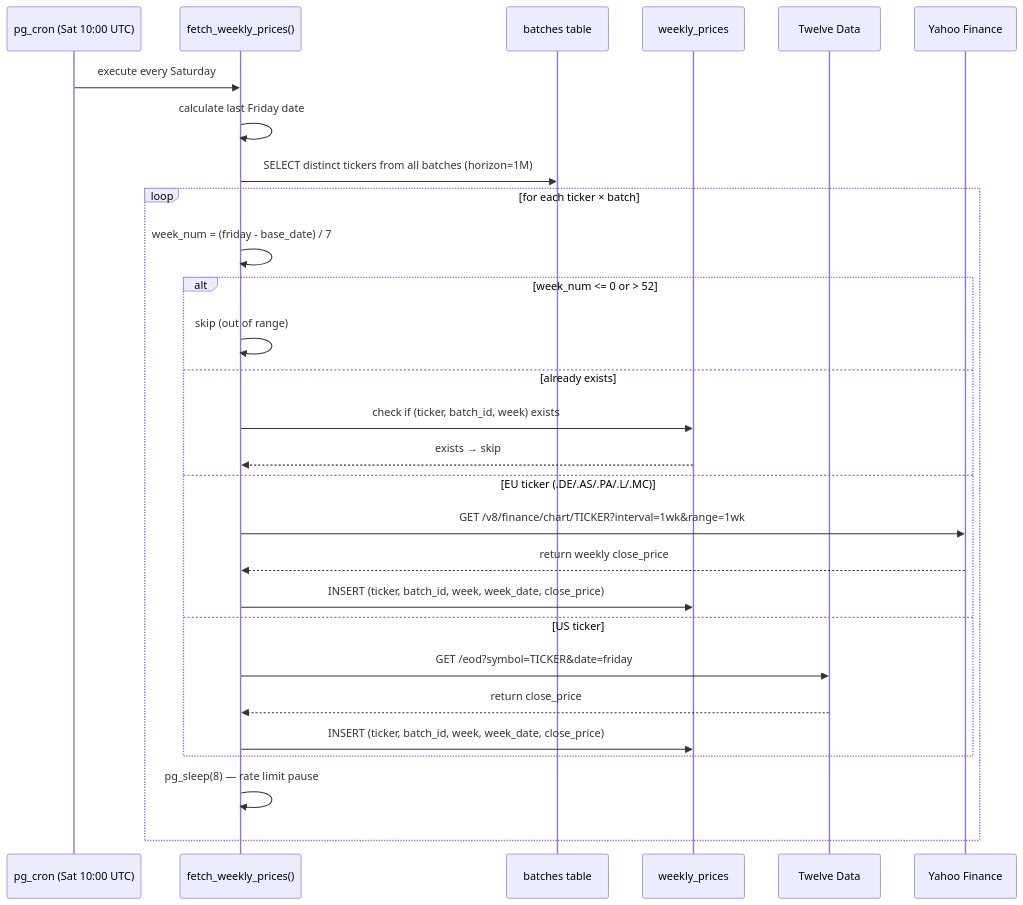
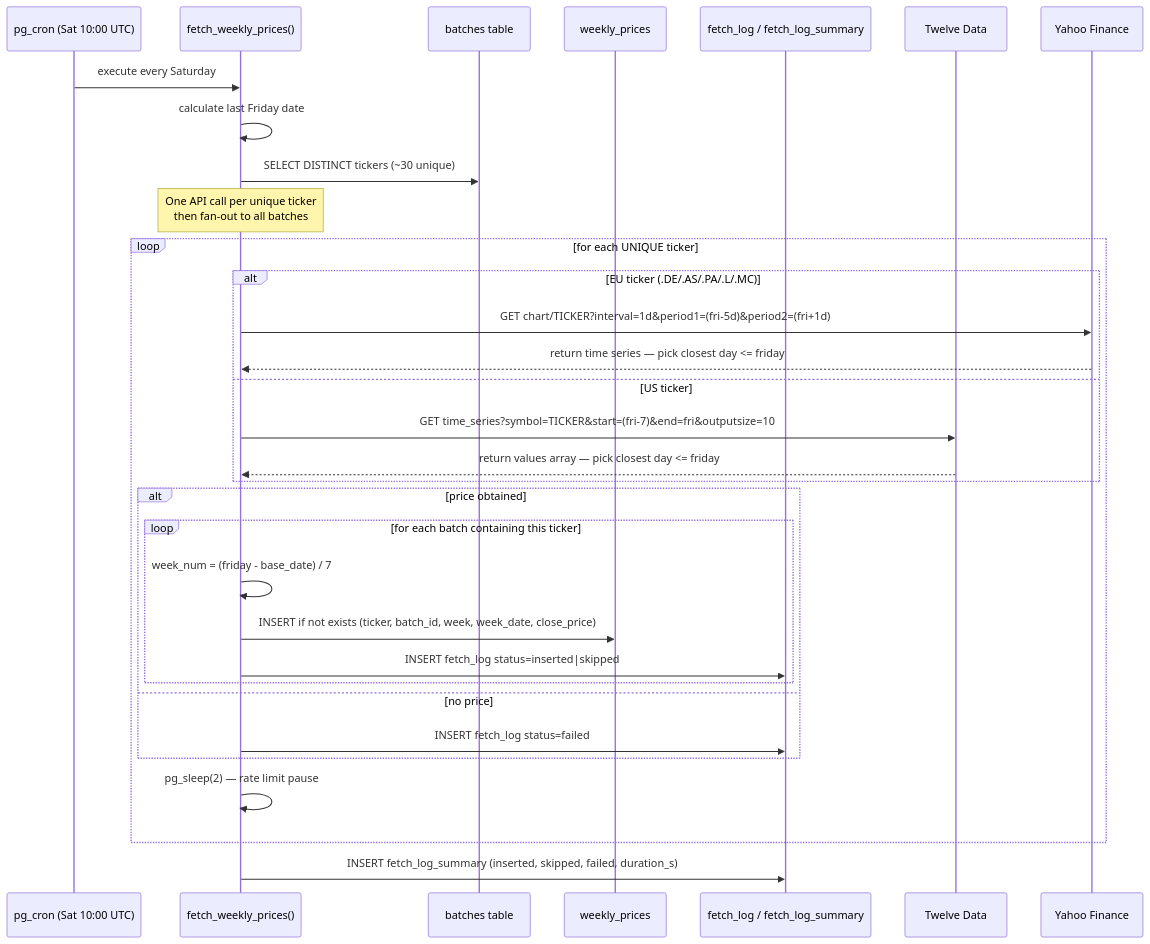
One commit to alpyengine/openbank-price-prediction changed the fifth of 9 diagrams in docs/openbank-forecast-uml.md. Above: the diagram before and after it, drawn with Mermaid. The commit also changed other lines of this file and 4 other files, not shown here.

````diff
--- a/docs/openbank-forecast-uml.md
+++ b/docs/openbank-forecast-uml.md
@@ -227,31 +251,35 @@
 ```mermaid
 sequenceDiagram
     participant CRON as pg_cron (Sat 10:00 UTC)
     participant FN as fetch_weekly_prices()
     participant DB as batches table
     participant WP as weekly_prices
+    participant LOG as fetch_log / fetch_log_summary
     participant TD as Twelve Data
     participant YF as Yahoo Finance
 
     CRON->>FN: execute every Saturday
     FN->>FN: calculate last Friday date
-    FN->>DB: SELECT distinct tickers from all batches (horizon=1M)
-    loop for each ticker × batch
-        FN->>FN: week_num = (friday - base_date) / 7
-        alt week_num <= 0 or > 52
-            FN->>FN: skip (out of range)
-        else already exists
-            FN->>WP: check if (ticker, batch_id, week) exists
-            WP-->>FN: exists → skip
-        else EU ticker (.DE/.AS/.PA/.L/.MC)
-            FN->>YF: GET /v8/finance/chart/TICKER?interval=1wk&range=1wk
-            YF-->>FN: return weekly close_price
-            FN->>WP: INSERT (ticker, batch_id, week, week_date, close_price)
+    FN->>DB: SELECT DISTINCT tickers (~30 unique)
+    note over FN: One API call per unique ticker<br/>then fan-out to all batches
+    loop for each UNIQUE ticker
+        alt EU ticker (.DE/.AS/.PA/.L/.MC)
+            FN->>YF: GET chart/TICKER?interval=1d&period1=(fri-5d)&period2=(fri+1d)
+            YF-->>FN: return time series — pick closest day <= friday
         else US ticker
-            FN->>TD: GET /eod?symbol=TICKER&date=friday
-            TD-->>FN: return close_price
-            FN->>WP: INSERT (ticker, batch_id, week, week_date, close_price)
+            FN->>TD: GET time_series?symbol=TICKER&start=(fri-7)&end=fri&outputsize=10
+            TD-->>FN: return values array — pick closest day <= friday
         end
-        FN->>FN: pg_sleep(8) — rate limit pause
+        alt price obtained
+            loop for each batch containing this ticker
+                FN->>FN: week_num = (friday - base_date) / 7
+                FN->>WP: INSERT if not exists (ticker, batch_id, week, week_date, close_price)
+                FN->>LOG: INSERT fetch_log status=inserted|skipped
+            end
+        else no price
+            FN->>LOG: INSERT fetch_log status=failed
+        end
+        FN->>FN: pg_sleep(2) — rate limit pause
     end
+    FN->>LOG: INSERT fetch_log_summary (inserted, skipped, failed, duration_s)
 ```
````
